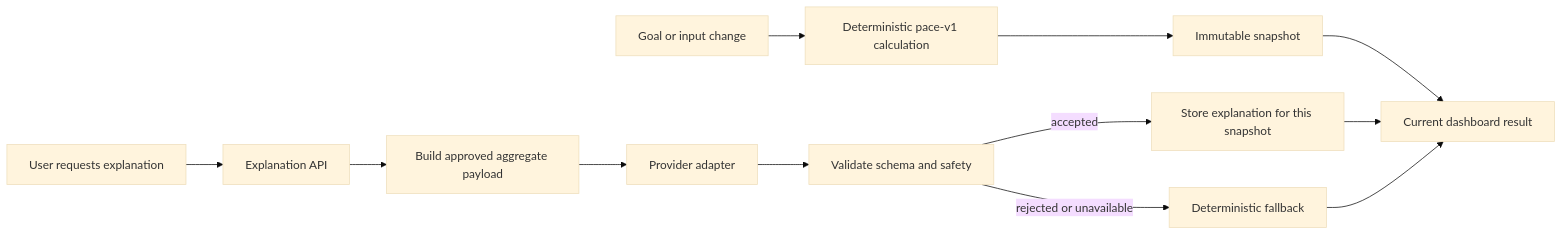
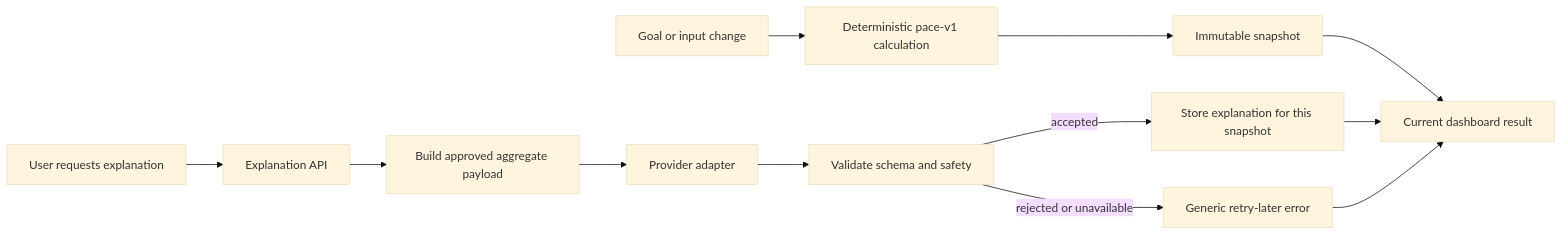
One commit to NatiSeifu/goal-wise changed the diagram in docs/adr/0012-bounded-ai-explanation-layer.md. Above: the diagram before and after it, drawn with Mermaid (base theme). The commit also changed other lines of this file and 9 other files, not shown here.

````diff
--- a/docs/adr/0012-bounded-ai-explanation-layer.md
+++ b/docs/adr/0012-bounded-ai-explanation-layer.md
@@ -46,14 +47,14 @@
 ```mermaid
 flowchart LR
     Change[Goal or input change] --> Calculate[Deterministic pace-v1 calculation]
     Calculate --> Snapshot[Immutable snapshot]
     Snapshot --> Dashboard[Current dashboard result]
     User[User requests explanation] --> API[Explanation API]
     API --> Minimize[Build approved aggregate payload]
     Minimize --> Provider[Provider adapter]
     Provider --> Validate[Validate schema and safety]
     Validate -->|accepted| Store[Store explanation for this snapshot]
     Store --> Dashboard
-    Validate -->|rejected or unavailable| Fallback[Deterministic fallback]
-    Fallback --> Dashboard
+    Validate -->|rejected or unavailable| Error[Generic retry-later error]
+    Error --> Dashboard
 ```
````
